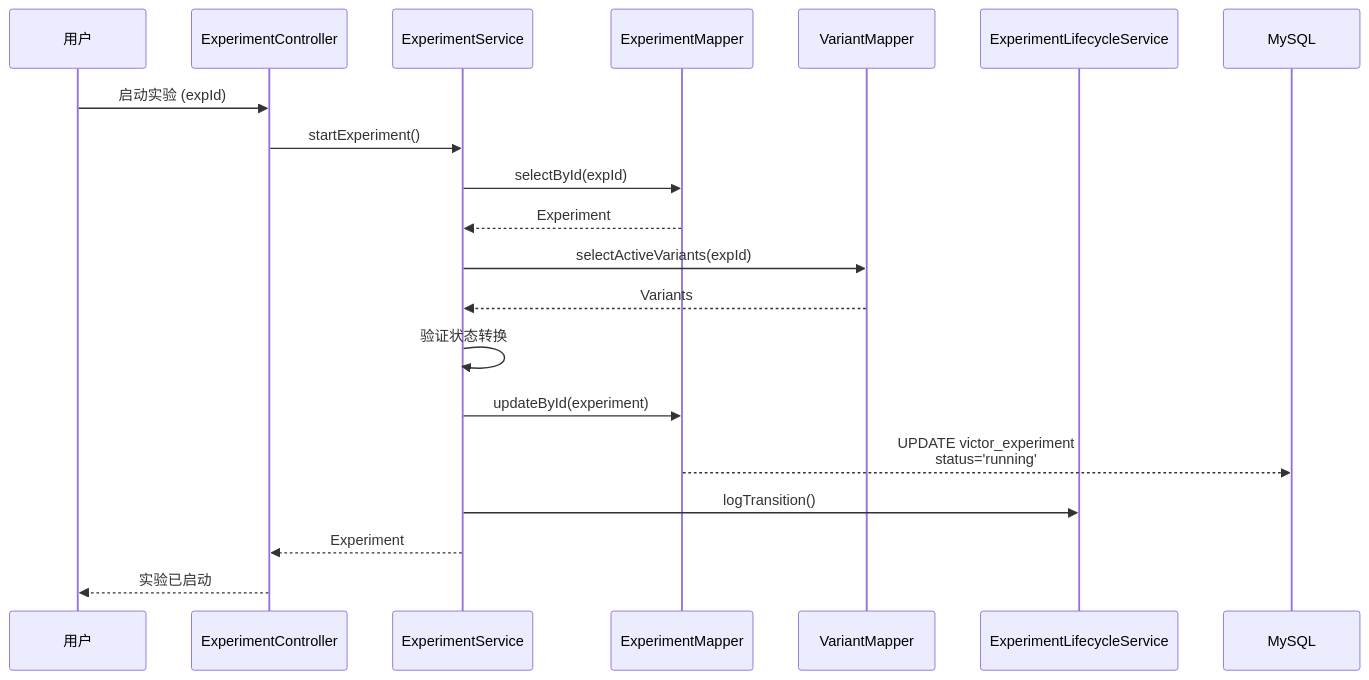
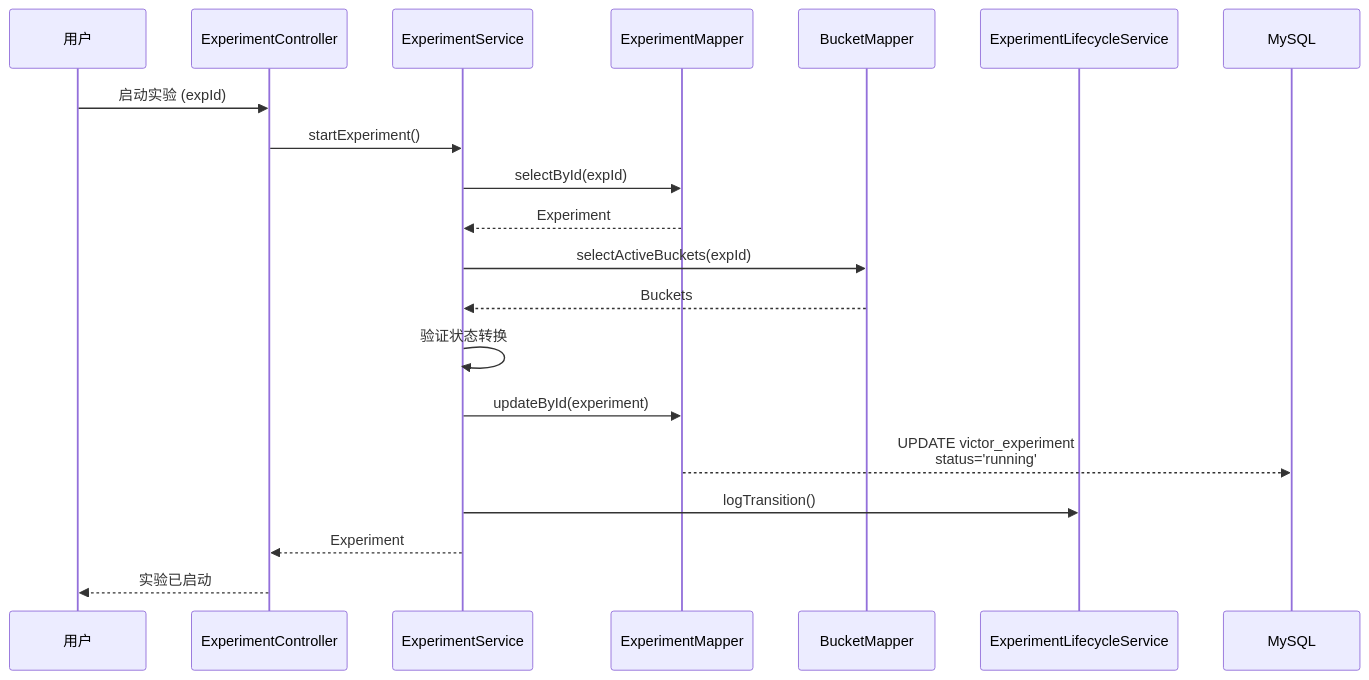
The fourth of 5 diagrams in docs/docs-site/dev/ab-system/data-model.md (HiCooper/gate-flow), drawn with Mermaid before and after one commit. The commit also changed other lines of this file and 30 other files, not shown here.

````diff
--- a/docs/docs-site/dev/ab-system/data-model.md
+++ b/docs/docs-site/dev/ab-system/data-model.md
@@ -247,23 +392,23 @@
 ```mermaid
 sequenceDiagram
     participant U as 用户
     participant API as ExperimentController
     participant S as ExperimentService
     participant EM as ExperimentMapper
-    participant VM as VariantMapper
+    participant BM as BucketMapper
     participant LS as ExperimentLifecycleService
     participant DB as MySQL
 
     U->>API: 启动实验 (expId)
     API->>S: startExperiment()
     S->>EM: selectById(expId)
     EM-->>S: Experiment
-    S->>VM: selectActiveVariants(expId)
-    VM-->>S: Variants
+    S->>BM: selectActiveBuckets(expId)
+    BM-->>S: Buckets
     S->>S: 验证状态转换
     S->>EM: updateById(experiment)
     EM-->>DB: UPDATE victor_experiment<br/>status='running'
     S->>LS: logTransition()
     S-->>API: Experiment
     API-->>U: 实验已启动
 ```
````
